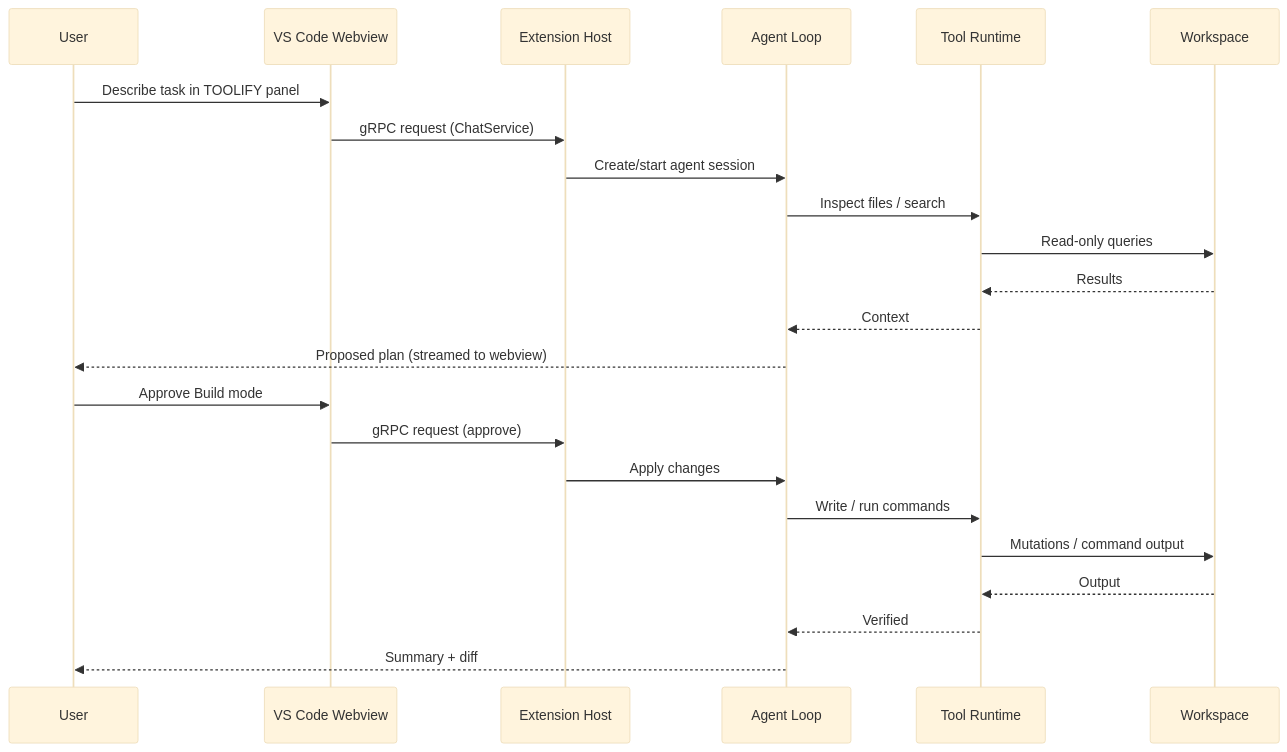
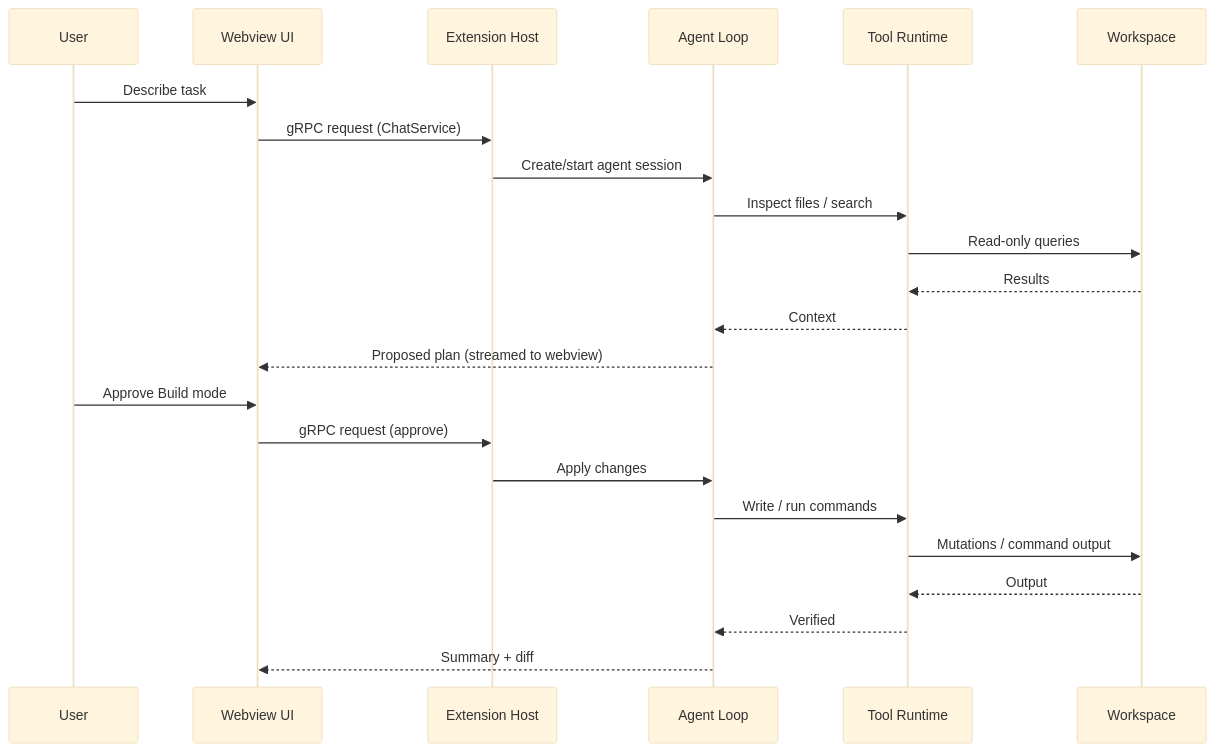
The second of 2 diagrams in README.md (toolifyai4-cell/toolify_v1), drawn with Mermaid (base theme) before and after one commit. The commit also changed other lines of this file, not shown here.

Commit message:
refactor: update README.md to clarify webview chat interface and installation instructions

````diff
--- a/README.md
+++ b/README.md
@@ -266,25 +239,25 @@
 ```mermaid
 sequenceDiagram
     participant U as User
-    participant W as VS Code Webview
+    participant W as Webview UI
     participant E as Extension Host
     participant L as Agent Loop
     participant T as Tool Runtime
     participant WS as Workspace
-    U->>W: Describe task in TOOLIFY panel
+    U->>W: Describe task
     W->>E: gRPC request (ChatService)
     E->>L: Create/start agent session
     L->>T: Inspect files / search
     T->>WS: Read-only queries
     WS-->>T: Results
     T-->>L: Context
-    L-->>U: Proposed plan (streamed to webview)
+    L-->>W: Proposed plan (streamed to webview)
     U->>W: Approve Build mode
     W->>E: gRPC request (approve)
     E->>L: Apply changes
     L->>T: Write / run commands
     T->>WS: Mutations / command output
     WS-->>T: Output
     T-->>L: Verified
-    L-->>U: Summary + diff
+    L-->>W: Summary + diff
 ```
````
